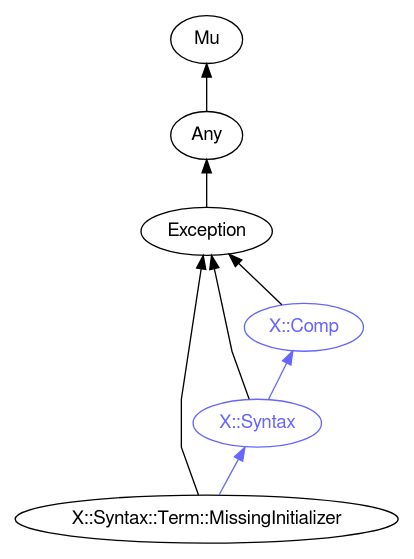
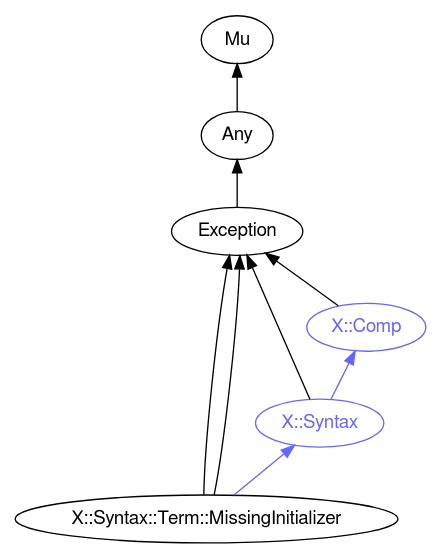
One commit to uzluisf/rakudoc changed the diagram in images/type-graph-X::Syntax::Term::MissingInitializer.svg.dot. Above: the diagram before and after it, drawn with Graphviz. The commit also changed 1890 other files, not shown here.

```diff
--- a/images/type-graph-X::Syntax::Term::MissingInitializer.svg.dot
+++ b/images/type-graph-X::Syntax::Term::MissingInitializer.svg.dot
@@ -1,23 +1,24 @@
 digraph "perl6-type-graph" {
     rankdir=BT;
     splines=polyline;
     overlap=false; 
     // Types
     "X::Syntax::Term::MissingInitializer" [color="#000000", fontcolor="#000000", href="/type/X::Syntax::Term::MissingInitializer", fontname="FreeSans"];
     "Mu" [color="#000000", fontcolor="#000000", href="/type/Mu", fontname="FreeSans"];
     "Any" [color="#000000", fontcolor="#000000", href="/type/Any", fontname="FreeSans"];
     "Exception" [color="#000000", fontcolor="#000000", href="/type/Exception", fontname="FreeSans"];
     "X::Comp" [color="#6666FF", fontcolor="#6666FF", href="/type/X::Comp", fontname="FreeSans"];
     "X::Syntax" [color="#6666FF", fontcolor="#6666FF", href="/type/X::Syntax", fontname="FreeSans"];
 
     // Superclasses
     "X::Syntax::Term::MissingInitializer" -> "Exception" [color="#000000"];
+    "X::Syntax::Term::MissingInitializer" -> "Exception" [color="#000000"];
     "Any" -> "Mu" [color="#000000"];
     "Exception" -> "Any" [color="#000000"];
     "X::Comp" -> "Exception" [color="#000000"];
     "X::Syntax" -> "Exception" [color="#000000"];
 
     // Roles
     "X::Syntax::Term::MissingInitializer" -> "X::Syntax" [color="#6666FF"];
     "X::Syntax" -> "X::Comp" [color="#6666FF"];
 }
```
